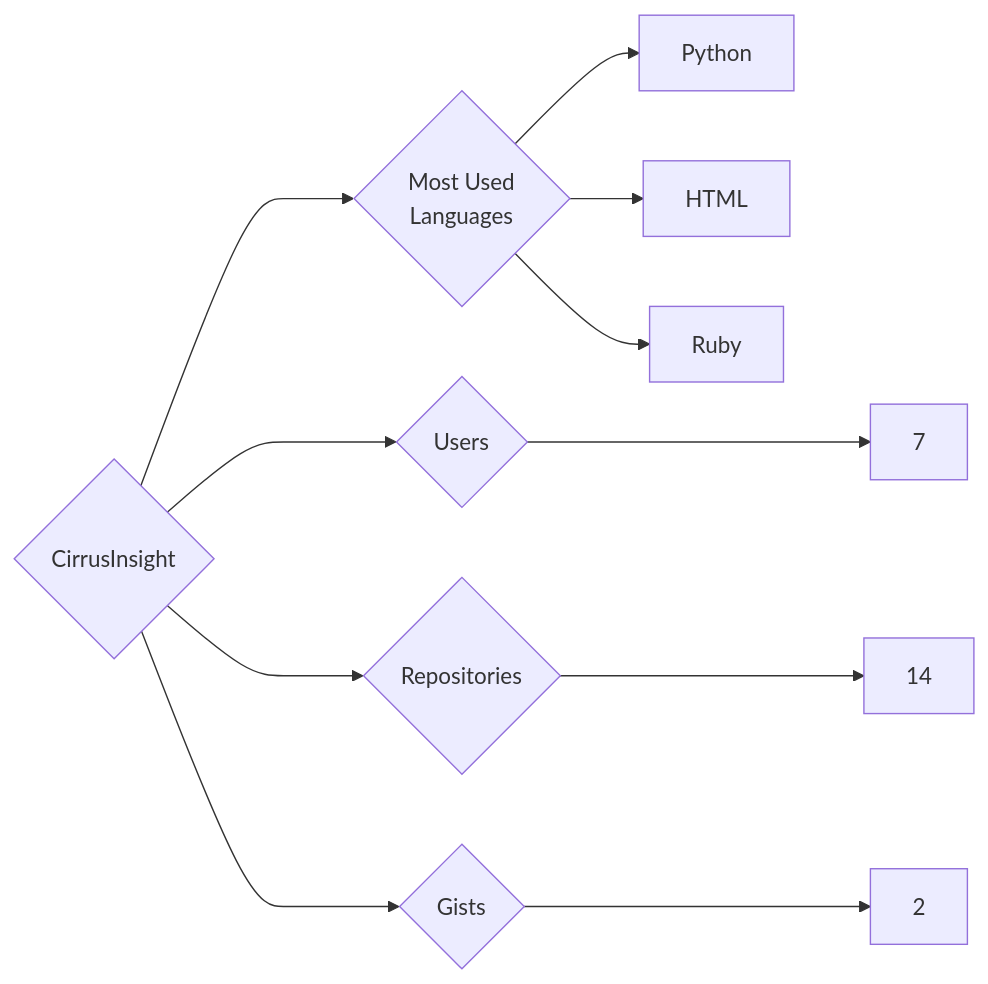
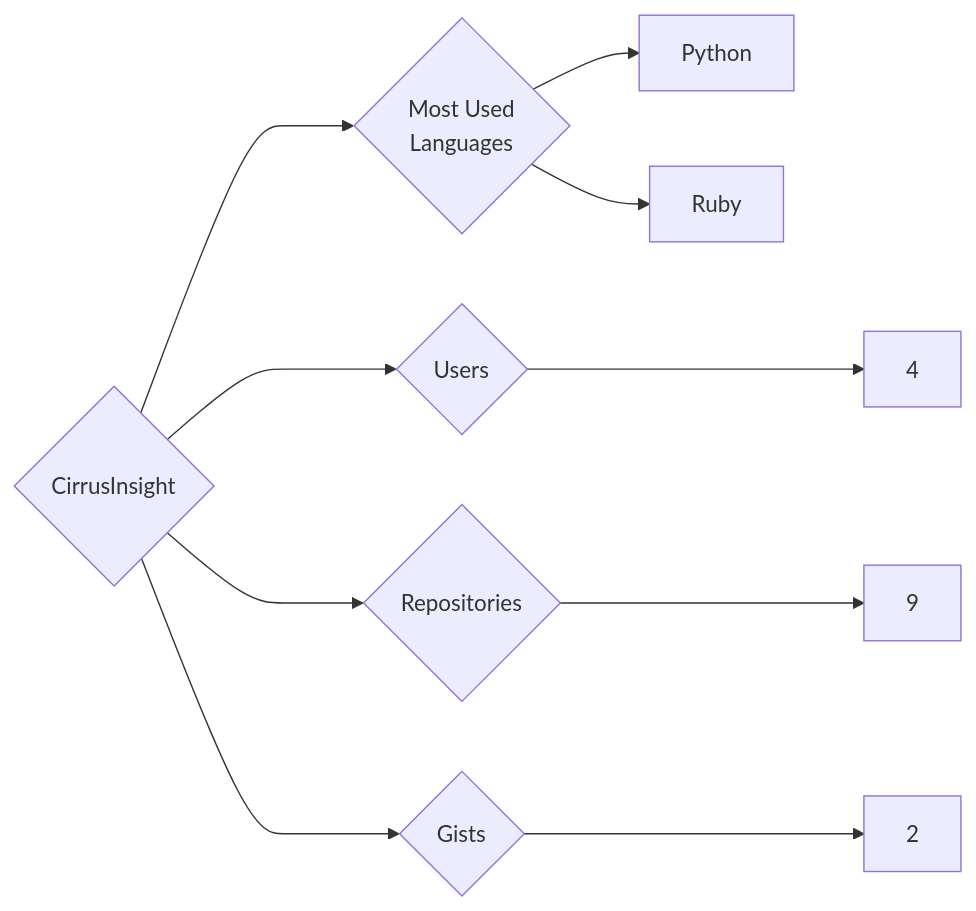
One commit to trickest/insiders changed the diagram in targets/CirrusInsight/README.md. Above: the diagram before and after it, drawn with Mermaid. The commit also changed 1078 other files, not shown here.

````diff
--- a/targets/CirrusInsight/README.md
+++ b/targets/CirrusInsight/README.md
@@ -3,11 +3,10 @@
 ```mermaid
 graph LR
 COMPANY_NAME{CirrusInsight}
-COMPANY_NAME ---> U{Users} ---> UN[7]
-COMPANY_NAME ---> R{Repositories} ---> RN[14]
+COMPANY_NAME ---> U{Users} ---> UN[4]
+COMPANY_NAME ---> R{Repositories} ---> RN[9]
 COMPANY_NAME ---> G{Gists} ---> GN[2]
 COMPANY_NAME ---> ML{Most Used<br>Languages}
 ML --> Python[Python]
-ML --> HTML[HTML]
 ML --> Ruby[Ruby]
 ```
````
